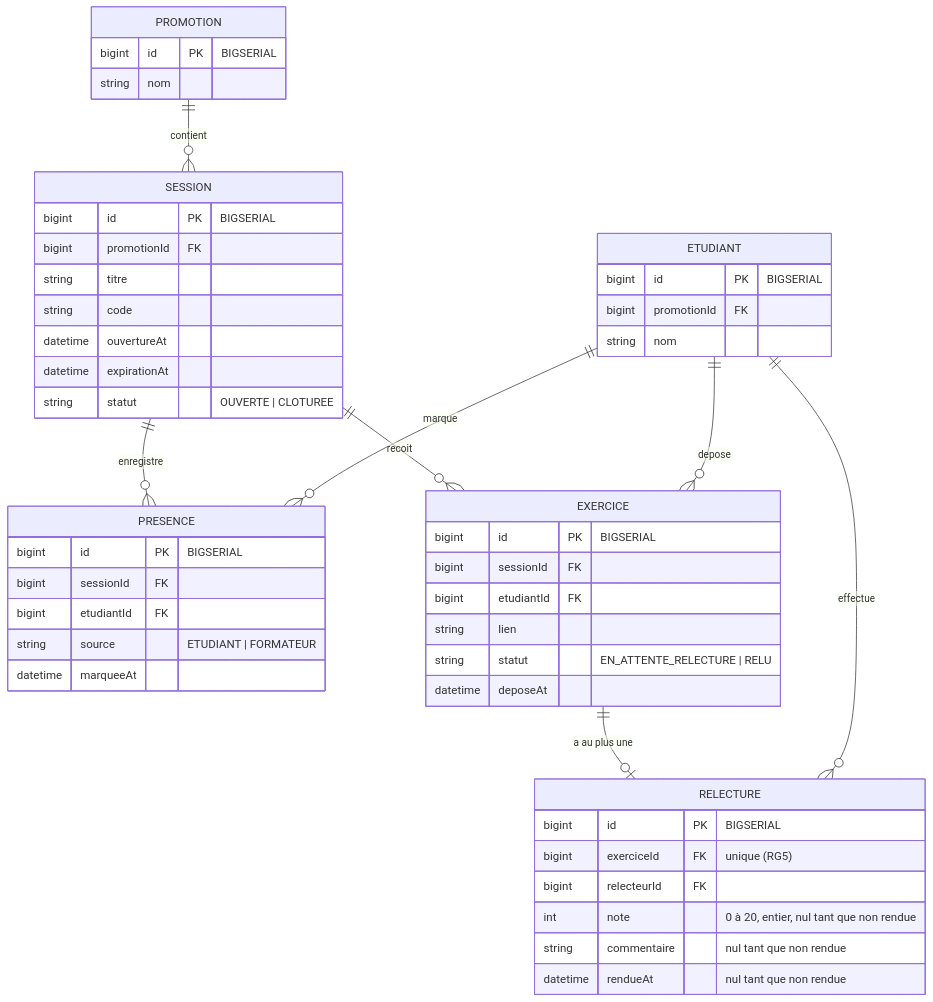
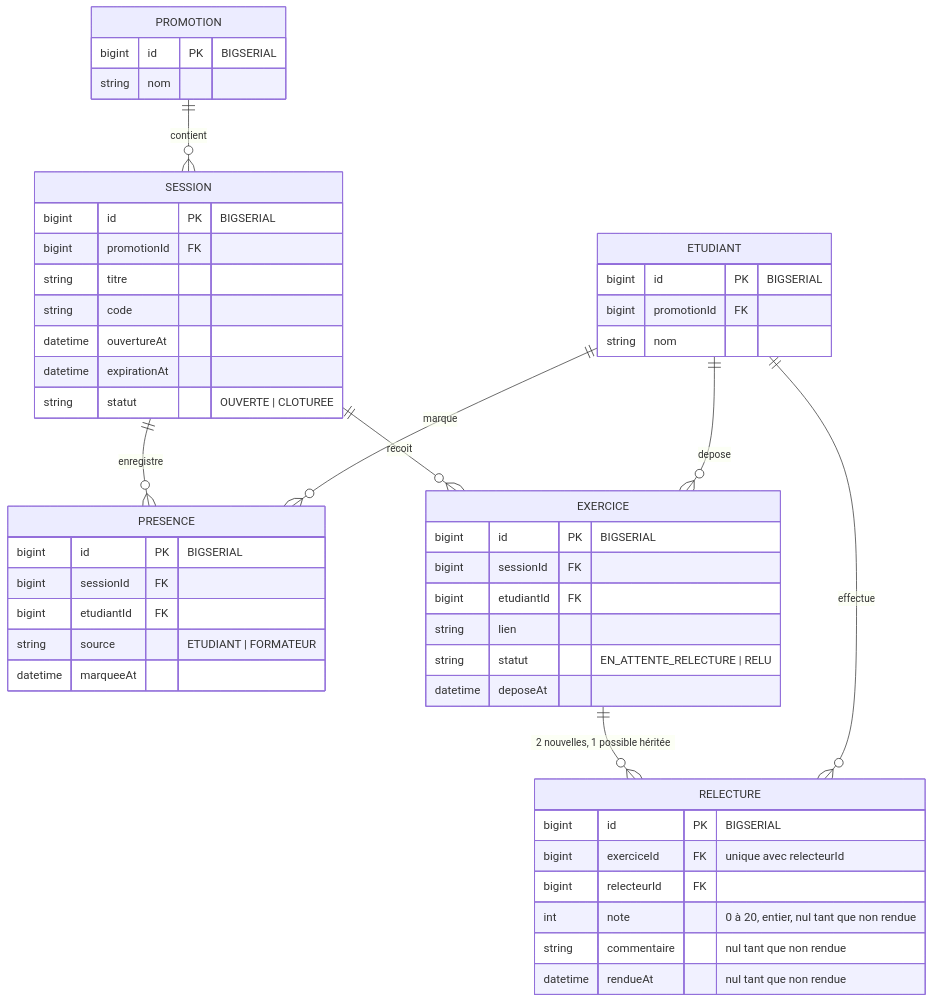
Before and after one commit to DaiziDev/Kfokam48-epreuve-225: the diagram in docs/diagrammes/D2-Modèle de données.md, drawn with Mermaid. The commit also changed other lines of this file and 4 other files, not shown here.

````diff
--- a/docs/diagrammes/D2-Modèle de données.md
+++ b/docs/diagrammes/D2-Modèle de données.md
@@ -3,57 +3,57 @@
 ```mermaid
 erDiagram
     PROMOTION ||--o{ SESSION : contient
     SESSION ||--o{ PRESENCE : enregistre
     SESSION ||--o{ EXERCICE : recoit
     ETUDIANT ||--o{ PRESENCE : marque
     ETUDIANT ||--o{ EXERCICE : depose
-    EXERCICE ||--o| RELECTURE : "a au plus une"
+    EXERCICE ||--o{ RELECTURE : "2 nouvelles, 1 possible héritée"
     ETUDIANT ||--o{ RELECTURE : effectue
 
     PROMOTION {
         bigint id PK "BIGSERIAL"
         string nom
     }
 
     SESSION {
         bigint id PK "BIGSERIAL"
         bigint promotionId FK
         string titre
         string code
         datetime ouvertureAt
         datetime expirationAt
         string statut "OUVERTE | CLOTUREE"
     }
 
     ETUDIANT {
         bigint id PK "BIGSERIAL"
         bigint promotionId FK
         string nom
     }
 
     PRESENCE {
         bigint id PK "BIGSERIAL"
         bigint sessionId FK
         bigint etudiantId FK
         string source "ETUDIANT | FORMATEUR"
         datetime marqueeAt
     }
 
     EXERCICE {
         bigint id PK "BIGSERIAL"
         bigint sessionId FK
         bigint etudiantId FK
         string lien
         string statut "EN_ATTENTE_RELECTURE | RELU"
         datetime deposeAt
     }
 
     RELECTURE {
         bigint id PK "BIGSERIAL"
-        bigint exerciceId FK "unique (RG5)"
+        bigint exerciceId FK "unique avec relecteurId"
         bigint relecteurId FK
         int note "0 à 20, entier, nul tant que non rendue"
         string commentaire "nul tant que non rendue"
         datetime rendueAt "nul tant que non rendue"
     }
 ```
````
